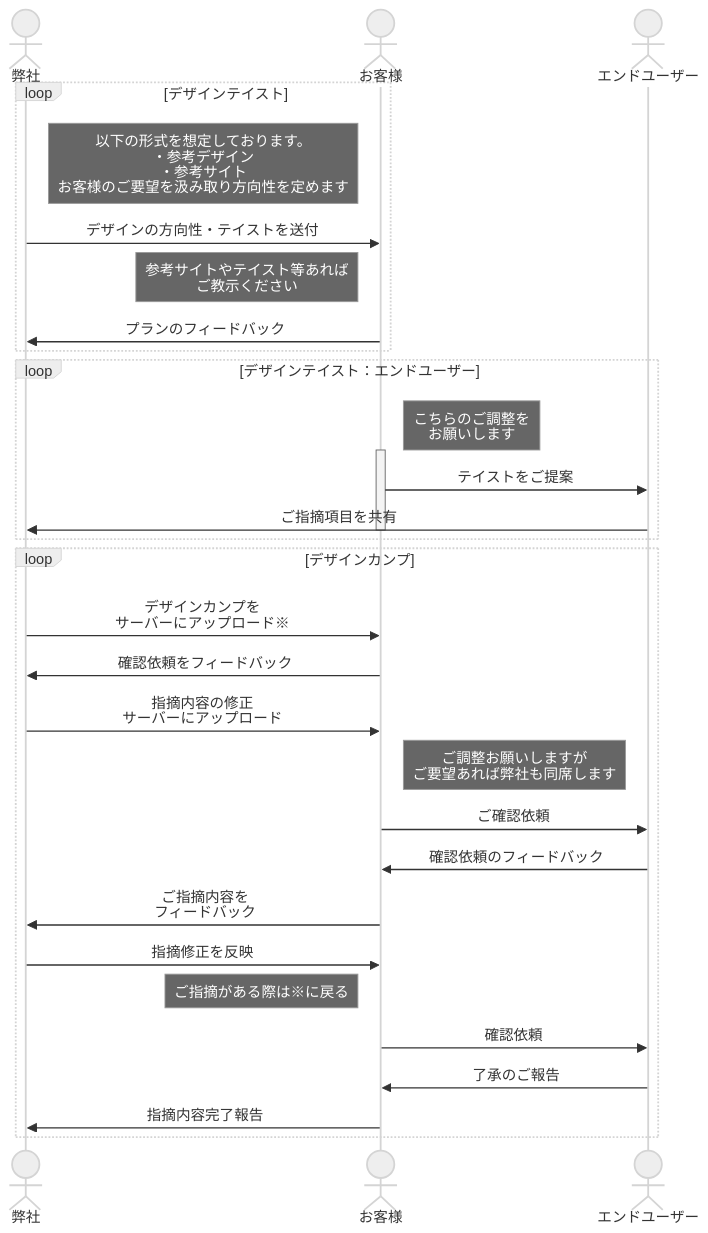
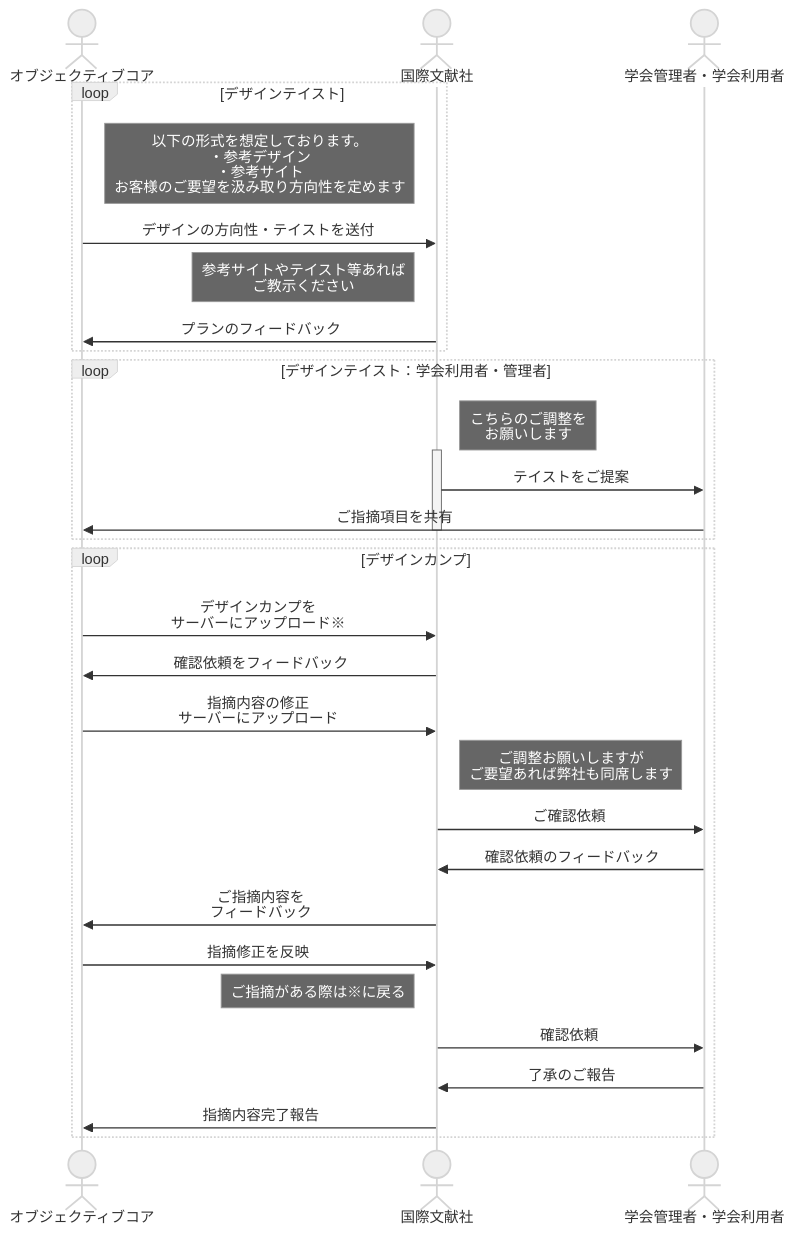
One commit to kinachan/kokusai-bunken-doc changed the fifth of 6 diagrams in docs/要件定義書.md. Above: the diagram before and after it, drawn with Mermaid (neutral theme). The commit also changed other lines of this file and 1 other file, not shown here.

````diff
--- a/docs/要件定義書.md
+++ b/docs/要件定義書.md
@@ -359,43 +336,43 @@
 ```mermaid
 sequenceDiagram
 
-  actor we as 弊社
-  actor client as お客様
-  actor user as エンドユーザー
+  actor we as オブジェクティブコア
+  actor client as 国際文献社
+  actor user as 学会管理者・学会利用者
 
   loop デザインテイスト
     note right of we: 以下の形式を想定しております。<br/>・参考デザイン<br/>・参考サイト<br/> お客様のご要望を汲み取り方向性を定めます
     we ->>client: デザインの方向性・テイストを送付
 
     note left of client: 参考サイトやテイスト等あれば<br/>ご教示ください
     client->>we: プランのフィードバック
   end
 
-  loop デザインテイスト：エンドユーザー
+  loop デザインテイスト：学会利用者・管理者
     note right of client: こちらのご調整を<br/>お願いします
     activate client
     client->>user: テイストをご提案
     user->>we: ご指摘項目を共有
     deactivate client
   end
 
 
   loop デザインカンプ
     we ->>client: デザインカンプを<br/>サーバーにアップロード※
     client ->> we: 確認依頼をフィードバック
     we ->>client: 指摘内容の修正<br/>サーバーにアップロード
 
     note right of client: ご調整お願いしますが<br/>ご要望あれば弊社も同席します
 
     client ->> user: ご確認依頼
     user ->> client: 確認依頼のフィードバック
 
     client ->> we: ご指摘内容を<br/>フィードバック
     we ->> client: 指摘修正を反映
     
     note left of client: ご指摘がある際は※に戻る
     client->> user: 確認依頼
     user->>client: 了承のご報告
     client ->> we: 指摘内容完了報告
   end
 ```
````
